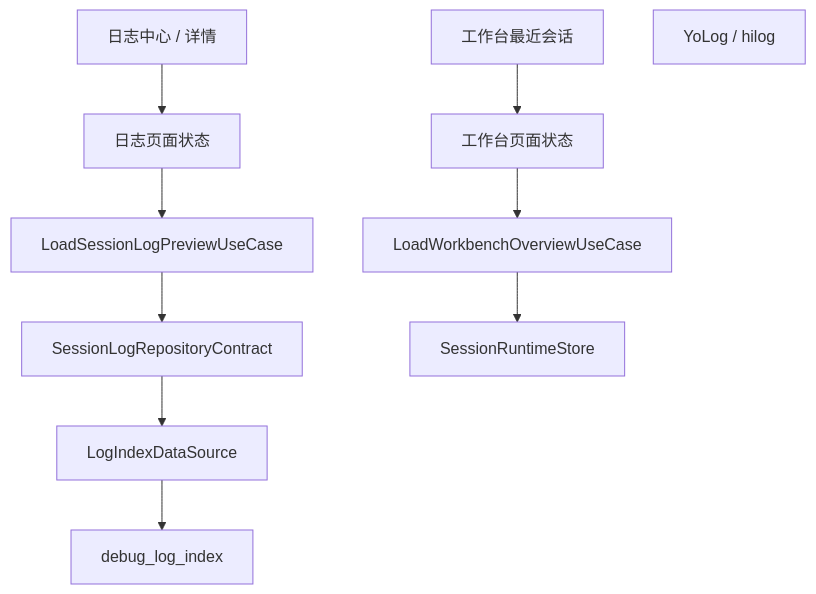
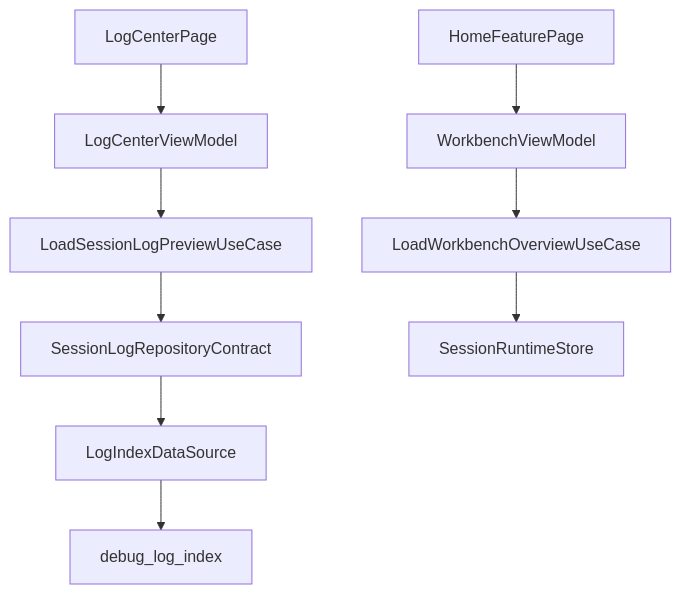
The first of 3 diagrams in docs/goal/architecture/app/APP-005.md (yohurm/HarmonyOS-YoWireTools), drawn with Mermaid before and after one commit. The commit also changed other lines of this file and 91 other files, not shown here.

````diff
--- a/docs/goal/architecture/app/APP-005.md
+++ b/docs/goal/architecture/app/APP-005.md
@@ -61,22 +55,21 @@
 ```mermaid
 flowchart TB
-  LogUi["日志中心 / 详情"]
-  LogVm["日志页面状态"]
-  Preview["LoadSessionLogPreviewUseCase"]
+  LogPage["LogCenterPage"]
+  LogVm["LogCenterViewModel"]
+  LogUc["LoadSessionLogPreviewUseCase"]
   Contract["SessionLogRepositoryContract"]
   Ds["LogIndexDataSource"]
   Table["debug_log_index"]
-  WbUi["工作台最近会话"]
-  WbVm["工作台页面状态"]
-  Overview["LoadWorkbenchOverviewUseCase"]
-  Runtime["SessionRuntimeStore"]
-  Yo["YoLog / hilog"]
-  LogUi --> LogVm
-  LogVm --> Preview
-  Preview --> Contract
+  Home["HomeFeaturePage"]
+  WbVm["WorkbenchViewModel"]
+  WbUc["LoadWorkbenchOverviewUseCase"]
+  Store["SessionRuntimeStore"]
+  LogPage --> LogVm
+  LogVm --> LogUc
+  LogUc --> Contract
   Contract --> Ds
   Ds --> Table
-  WbUi --> WbVm
-  WbVm --> Overview
-  Overview --> Runtime
+  Home --> WbVm
+  WbVm --> WbUc
+  WbUc --> Store
 ```
````
